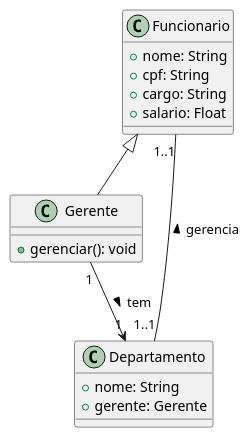
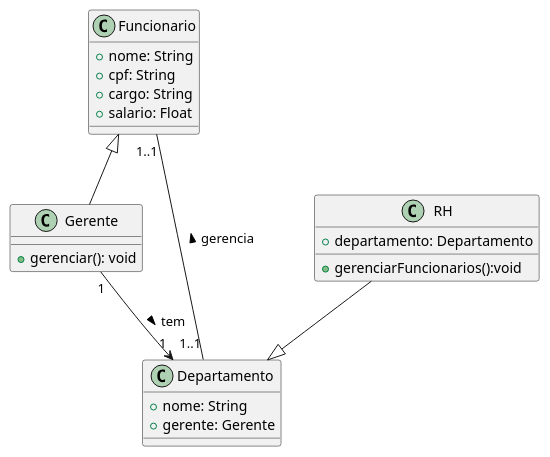
The diagram in analise_projeto_sistemas-2024.2/exercicio8/cadastroFuncionarios.puml (kaylannesantos/ifpi), drawn with PlantUML before and after one commit. The commit also changed 2 other files, not shown here.

```diff
--- a/analise_projeto_sistemas-2024.2/exercicio8/cadastroFuncionarios.puml
+++ b/analise_projeto_sistemas-2024.2/exercicio8/cadastroFuncionarios.puml
@@ -1,23 +1,31 @@
 @startuml DC - Cadastro de Funcionarios
 
 class Funcionario {
     +nome: String
     +cpf: String
     +cargo: String
     +salario: Float
 }
 
 class Gerente {
     +gerenciar(): void
 }
 
 class Departamento {
     +nome: String
     +gerente: Gerente
 }
 
+class RH {
+    +departamento: Departamento
+    +gerenciarFuncionarios():void
+}
+
+
 Funcionario <|-- Gerente
 Departamento "1..1" -- "1..1" Funcionario : gerencia >
+RH --|> Departamento
 Gerente "1" --> "1" Departamento : tem > 
 
+
 @enduml
```
